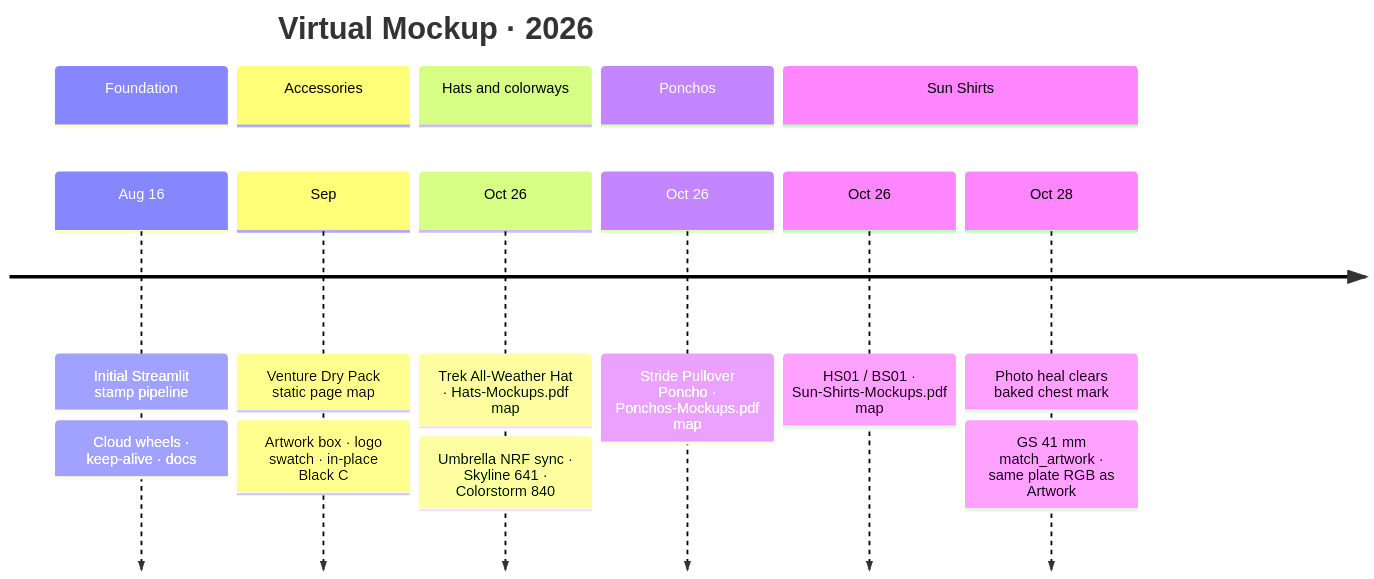
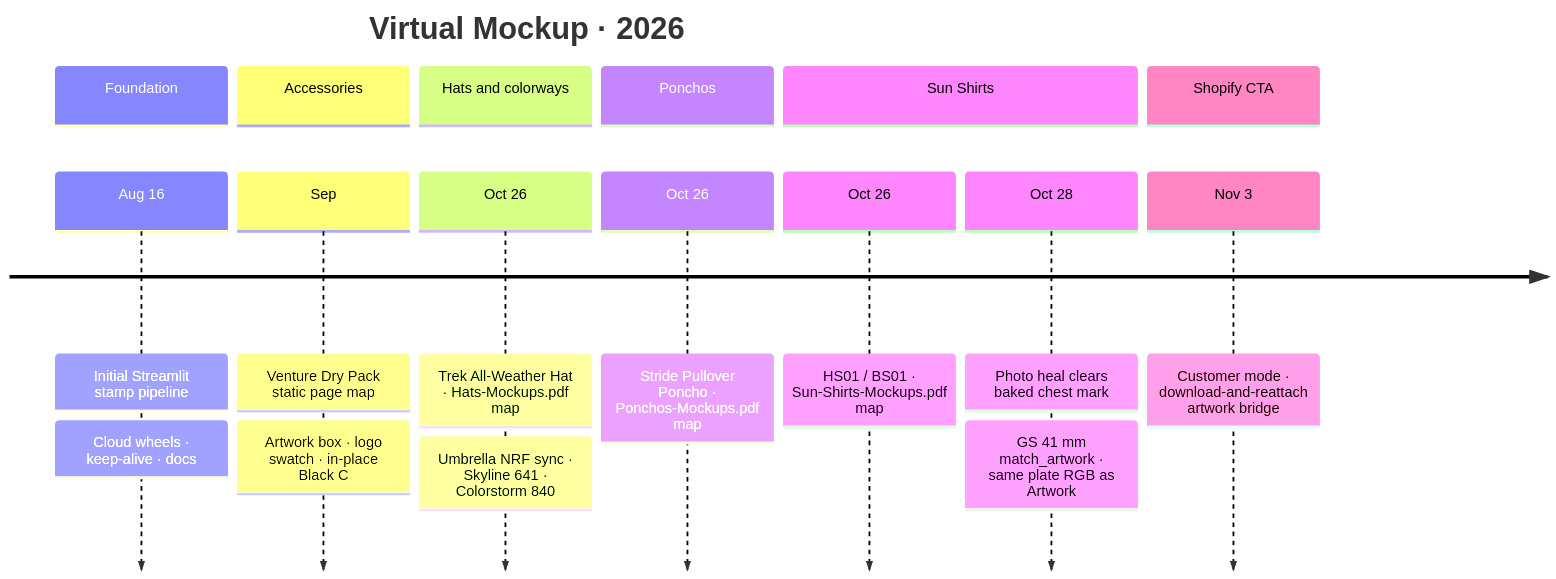
One commit to WeathermanInc/virtual-mockup changed the fifth of 5 diagrams in README.md. Above: the diagram before and after it, drawn with Mermaid. The commit also changed other lines of this file and 4 other files, not shown here.

First line of the commit message:
Add Shopify dual-path Artwork CTA with vector upload guard.

````diff
--- a/README.md
+++ b/README.md
@@ -226,19 +270,21 @@
 ```mermaid
 timeline
   title Virtual Mockup · 2026
   section Foundation
     Aug 16 : Initial Streamlit stamp pipeline
            : Cloud wheels · keep-alive · docs
   section Accessories
     Sep : Venture Dry Pack static page map
         : Artwork box · logo swatch · in-place Black C
   section Hats and colorways
     Oct 26 : Trek All-Weather Hat · Hats-Mockups.pdf map
            : Umbrella NRF sync · Skyline 641 · Colorstorm 840
   section Ponchos
     Oct 26 : Stride Pullover Poncho · Ponchos-Mockups.pdf map
   section Sun Shirts
     Oct 26 : HS01 / BS01 · Sun-Shirts-Mockups.pdf map
     Oct 28 : Photo heal clears baked chest mark
            : GS 41 mm match_artwork · same plate RGB as Artwork
+  section Shopify CTA
+    Nov 3 : Customer mode · download-and-reattach artwork bridge
 ```
````
